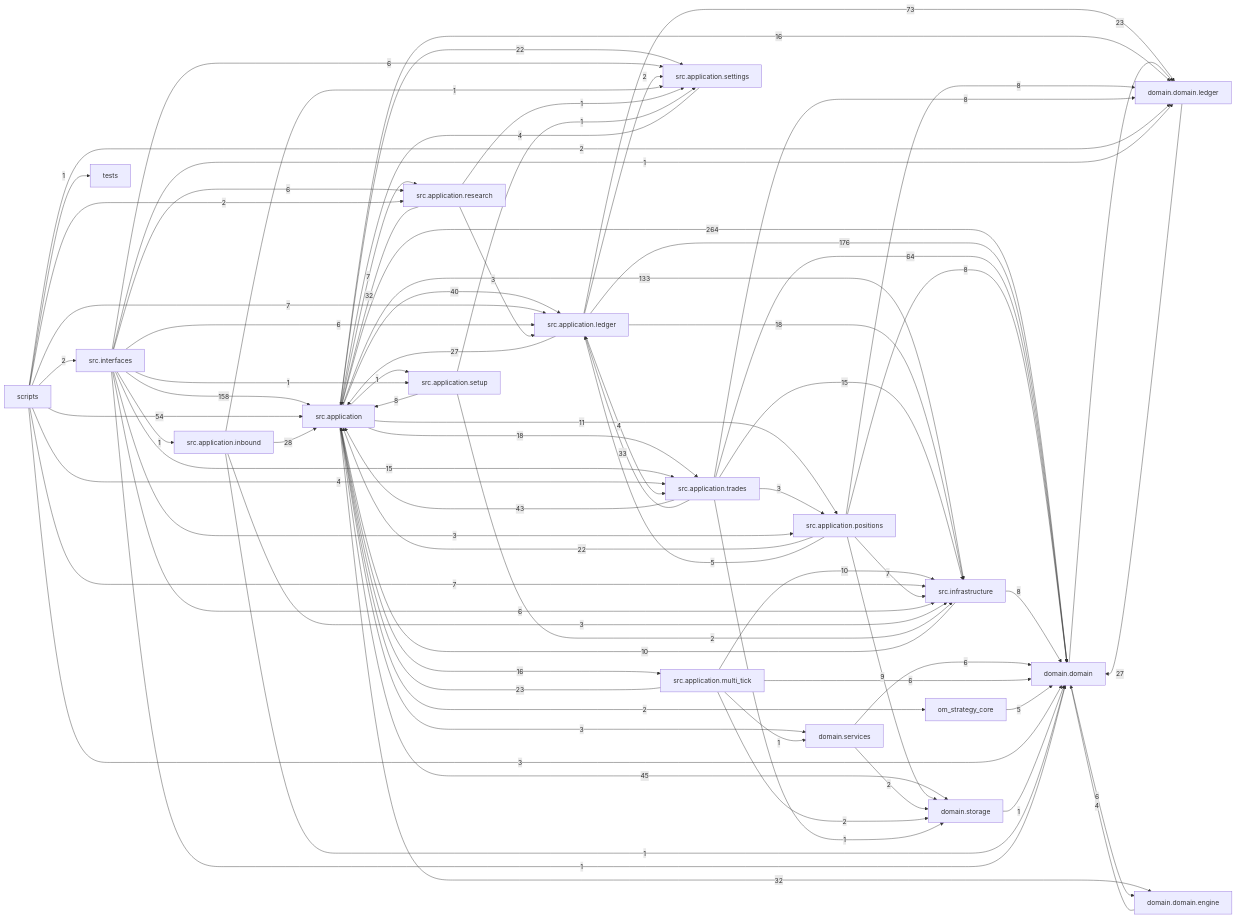
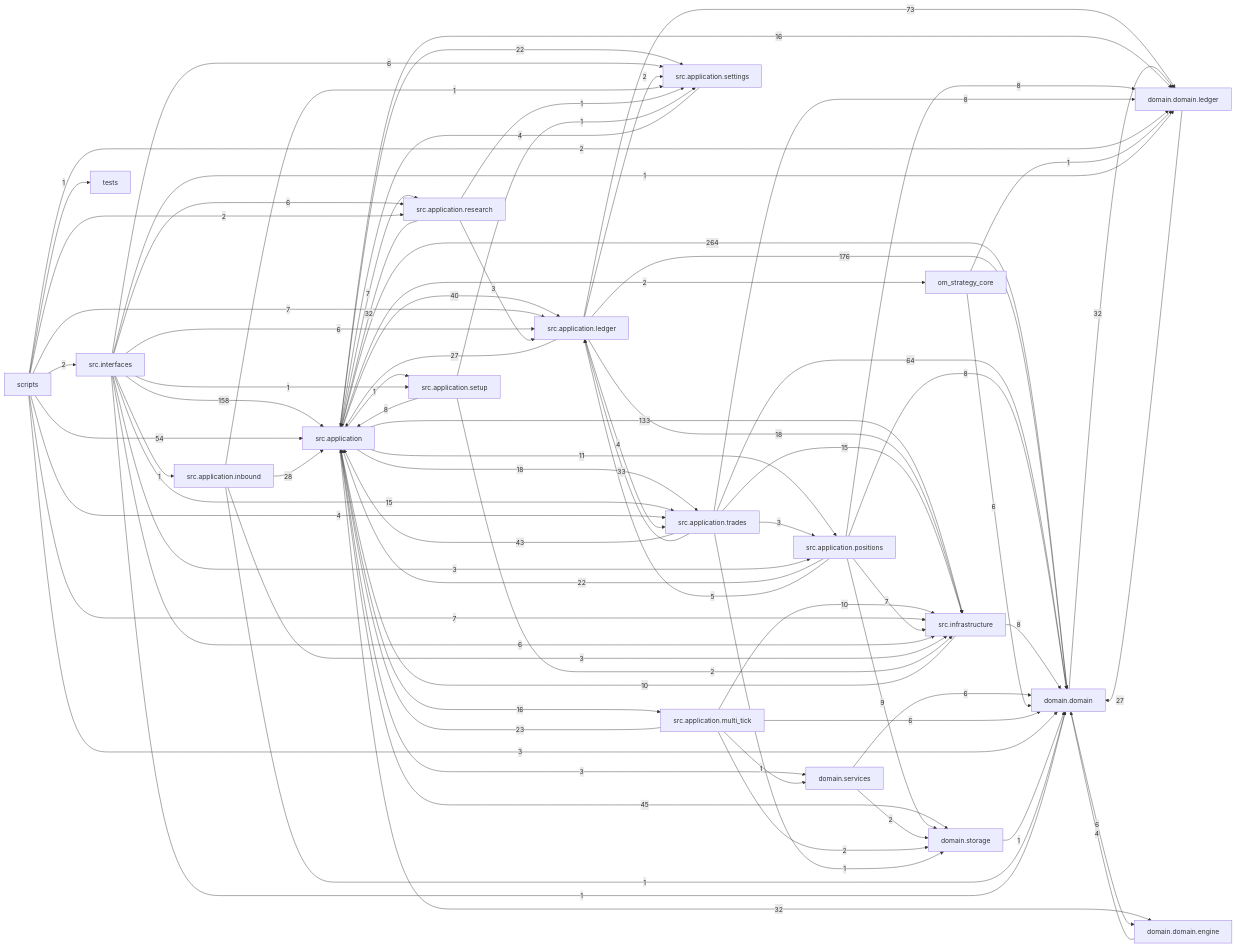
Before and after one commit to liuxie066/options-monitor: the diagram in docs/dependency_graph.mmd, drawn with Mermaid. The commit also changed 30 other files, not shown here.

```diff
--- a/docs/dependency_graph.mmd
+++ b/docs/dependency_graph.mmd
@@ -1,80 +1,81 @@
 flowchart LR
   src_application["src.application"] -->|264| domain_domain["domain.domain"]
   src_application_ledger["src.application.ledger"] -->|176| domain_domain["domain.domain"]
   src_interfaces["src.interfaces"] -->|158| src_application["src.application"]
   src_application["src.application"] -->|133| src_infrastructure["src.infrastructure"]
   src_application_ledger["src.application.ledger"] -->|73| domain_domain_ledger["domain.domain.ledger"]
   src_application_trades["src.application.trades"] -->|64| domain_domain["domain.domain"]
   scripts["scripts"] -->|54| src_application["src.application"]
   src_application["src.application"] -->|45| domain_storage["domain.storage"]
   src_application_trades["src.application.trades"] -->|43| src_application["src.application"]
   src_application["src.application"] -->|40| src_application_ledger["src.application.ledger"]
   src_application_trades["src.application.trades"] -->|33| src_application_ledger["src.application.ledger"]
+  domain_domain["domain.domain"] -->|32| domain_domain_ledger["domain.domain.ledger"]
   src_application["src.application"] -->|32| domain_domain_engine["domain.domain.engine"]
   src_application_research["src.application.research"] -->|32| src_application["src.application"]
   src_application_inbound["src.application.inbound"] -->|28| src_application["src.application"]
   domain_domain_ledger["domain.domain.ledger"] -->|27| domain_domain["domain.domain"]
   src_application_ledger["src.application.ledger"] -->|27| src_application["src.application"]
-  domain_domain["domain.domain"] -->|23| domain_domain_ledger["domain.domain.ledger"]
   src_application_multi_tick["src.application.multi_tick"] -->|23| src_application["src.application"]
   src_application["src.application"] -->|22| src_application_settings["src.application.settings"]
   src_application_positions["src.application.positions"] -->|22| src_application["src.application"]
   src_application["src.application"] -->|18| src_application_trades["src.application.trades"]
   src_application_ledger["src.application.ledger"] -->|18| src_infrastructure["src.infrastructure"]
   src_application["src.application"] -->|16| domain_domain_ledger["domain.domain.ledger"]
   src_application["src.application"] -->|16| src_application_multi_tick["src.application.multi_tick"]
   src_application_trades["src.application.trades"] -->|15| src_infrastructure["src.infrastructure"]
   src_interfaces["src.interfaces"] -->|15| src_application_trades["src.application.trades"]
   src_application["src.application"] -->|11| src_application_positions["src.application.positions"]
   src_application_multi_tick["src.application.multi_tick"] -->|10| src_infrastructure["src.infrastructure"]
   src_infrastructure["src.infrastructure"] -->|10| src_application["src.application"]
   src_application_positions["src.application.positions"] -->|9| domain_storage["domain.storage"]
   src_application_positions["src.application.positions"] -->|8| domain_domain["domain.domain"]
   src_application_positions["src.application.positions"] -->|8| domain_domain_ledger["domain.domain.ledger"]
   src_application_setup["src.application.setup"] -->|8| src_application["src.application"]
   src_application_trades["src.application.trades"] -->|8| domain_domain_ledger["domain.domain.ledger"]
   src_infrastructure["src.infrastructure"] -->|8| domain_domain["domain.domain"]
   scripts["scripts"] -->|7| src_application_ledger["src.application.ledger"]
   scripts["scripts"] -->|7| src_infrastructure["src.infrastructure"]
   src_application["src.application"] -->|7| src_application_research["src.application.research"]
   src_application_positions["src.application.positions"] -->|7| src_infrastructure["src.infrastructure"]
   domain_domain["domain.domain"] -->|6| domain_domain_engine["domain.domain.engine"]
   domain_services["domain.services"] -->|6| domain_domain["domain.domain"]
+  om_strategy_core["om_strategy_core"] -->|6| domain_domain["domain.domain"]
   src_application_multi_tick["src.application.multi_tick"] -->|6| domain_domain["domain.domain"]
   src_interfaces["src.interfaces"] -->|6| src_application_ledger["src.application.ledger"]
   src_interfaces["src.interfaces"] -->|6| src_application_research["src.application.research"]
   src_interfaces["src.interfaces"] -->|6| src_application_settings["src.application.settings"]
   src_interfaces["src.interfaces"] -->|6| src_infrastructure["src.infrastructure"]
-  om_strategy_core["om_strategy_core"] -->|5| domain_domain["domain.domain"]
   src_application_positions["src.application.positions"] -->|5| src_application_ledger["src.application.ledger"]
   domain_domain_engine["domain.domain.engine"] -->|4| domain_domain["domain.domain"]
   scripts["scripts"] -->|4| src_application_trades["src.application.trades"]
   src_application_ledger["src.application.ledger"] -->|4| src_application_trades["src.application.trades"]
   src_application_settings["src.application.settings"] -->|4| src_application["src.application"]
   scripts["scripts"] -->|3| domain_domain["domain.domain"]
   src_application["src.application"] -->|3| domain_services["domain.services"]
   src_application_inbound["src.application.inbound"] -->|3| src_infrastructure["src.infrastructure"]
   src_application_research["src.application.research"] -->|3| src_application_ledger["src.application.ledger"]
   src_application_trades["src.application.trades"] -->|3| src_application_positions["src.application.positions"]
   src_interfaces["src.interfaces"] -->|3| src_application_positions["src.application.positions"]
   domain_services["domain.services"] -->|2| domain_storage["domain.storage"]
   scripts["scripts"] -->|2| domain_domain_ledger["domain.domain.ledger"]
   scripts["scripts"] -->|2| src_application_research["src.application.research"]
   scripts["scripts"] -->|2| src_interfaces["src.interfaces"]
   src_application["src.application"] -->|2| om_strategy_core["om_strategy_core"]
   src_application_ledger["src.application.ledger"] -->|2| src_application_settings["src.application.settings"]
   src_application_multi_tick["src.application.multi_tick"] -->|2| domain_storage["domain.storage"]
   src_application_setup["src.application.setup"] -->|2| src_infrastructure["src.infrastructure"]
   domain_storage["domain.storage"] -->|1| domain_domain["domain.domain"]
+  om_strategy_core["om_strategy_core"] -->|1| domain_domain_ledger["domain.domain.ledger"]
   scripts["scripts"] -->|1| tests["tests"]
   src_application["src.application"] -->|1| src_application_setup["src.application.setup"]
   src_application_inbound["src.application.inbound"] -->|1| domain_domain["domain.domain"]
   src_application_inbound["src.application.inbound"] -->|1| src_application_settings["src.application.settings"]
   src_application_multi_tick["src.application.multi_tick"] -->|1| domain_services["domain.services"]
   src_application_research["src.application.research"] -->|1| src_application_settings["src.application.settings"]
   src_application_setup["src.application.setup"] -->|1| src_application_settings["src.application.settings"]
   src_application_trades["src.application.trades"] -->|1| domain_storage["domain.storage"]
   src_interfaces["src.interfaces"] -->|1| domain_domain["domain.domain"]
   src_interfaces["src.interfaces"] -->|1| domain_domain_ledger["domain.domain.ledger"]
   src_interfaces["src.interfaces"] -->|1| src_application_inbound["src.application.inbound"]
   src_interfaces["src.interfaces"] -->|1| src_application_setup["src.application.setup"]
```
